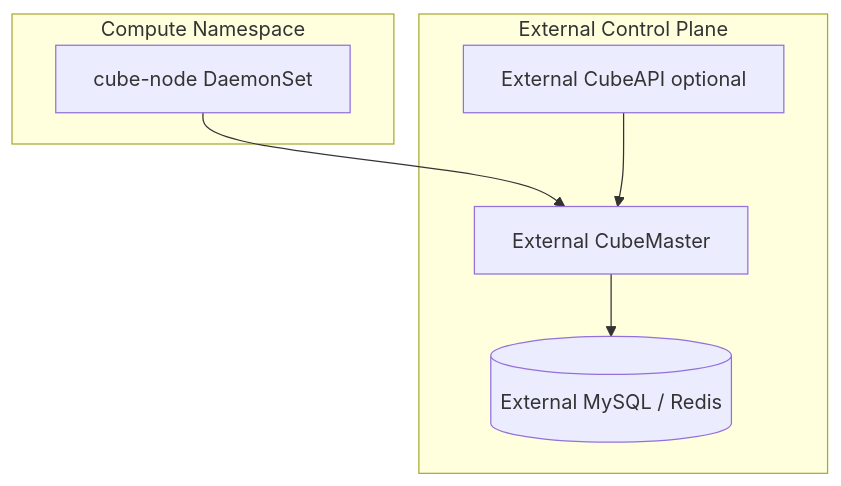
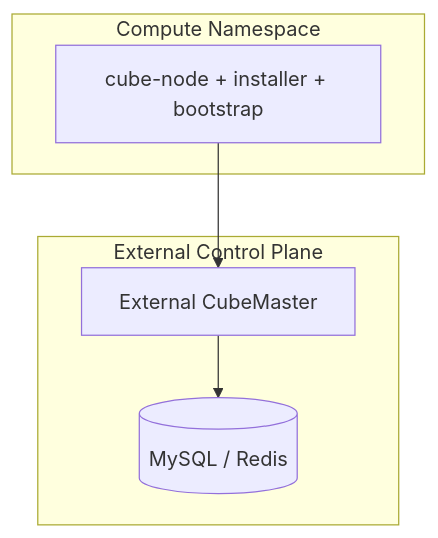
The ninth of 9 diagrams in deploy/kubernetes/chart/docs/ARCHITECTURE.md (TencentCloud/CubeSandbox), drawn with Mermaid before and after one commit. The commit also changed other lines of this file and 42 other files, not shown here.

First line of the commit message:
feat(kubernetes): split cube-node into bootstrap/installer/node DaemonSets, add per-component images

````diff
--- a/deploy/kubernetes/chart/docs/ARCHITECTURE.md
+++ b/deploy/kubernetes/chart/docs/ARCHITECTURE.md
@@ -368,16 +299,12 @@
 ```mermaid
 flowchart TB
   subgraph EXT["External Control Plane"]
     ECM["External CubeMaster"]
-    EAPI["External CubeAPI optional"]
-    EDB[("External MySQL / Redis")]
+    EDB[("MySQL / Redis")]
   end
-
   subgraph NS["Compute Namespace"]
-    NODE["cube-node DaemonSet"]
+    NODE["cube-node + installer + bootstrap"]
   end
-
   NODE --> ECM
-  EAPI --> ECM
   ECM --> EDB
 ```
````
